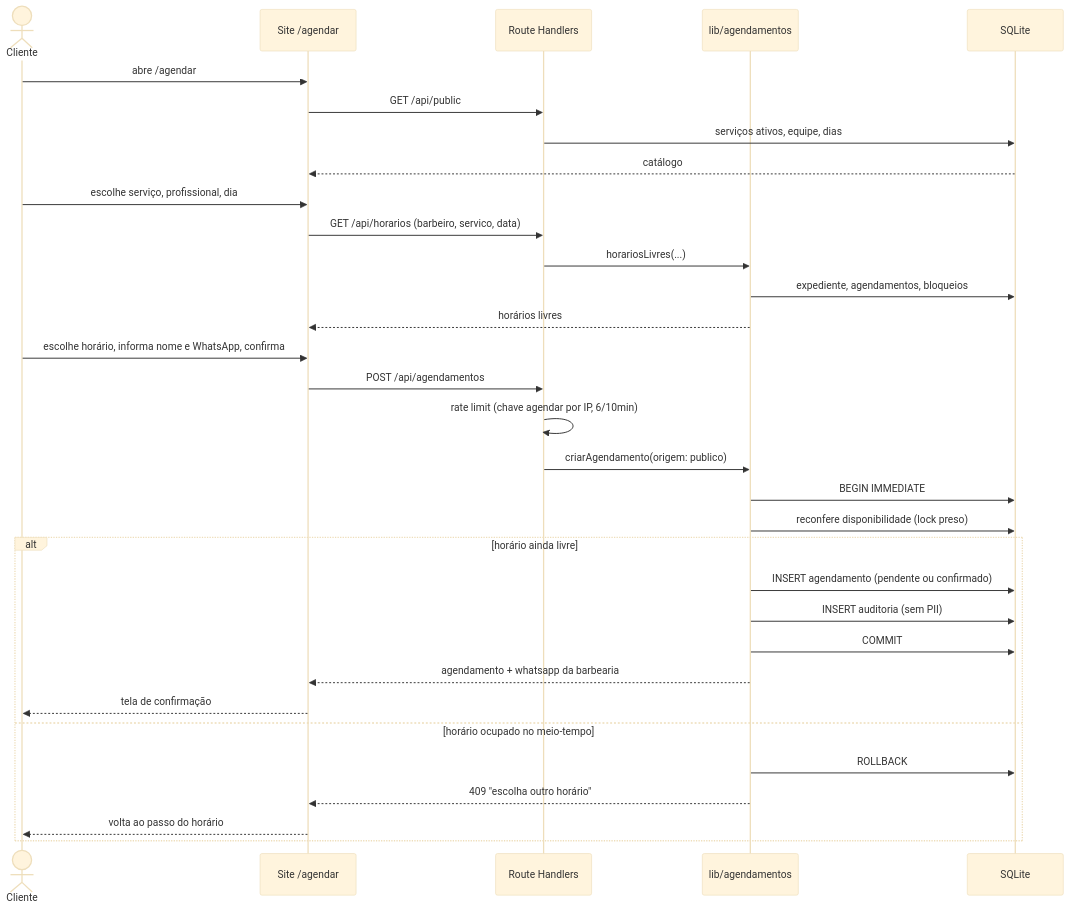
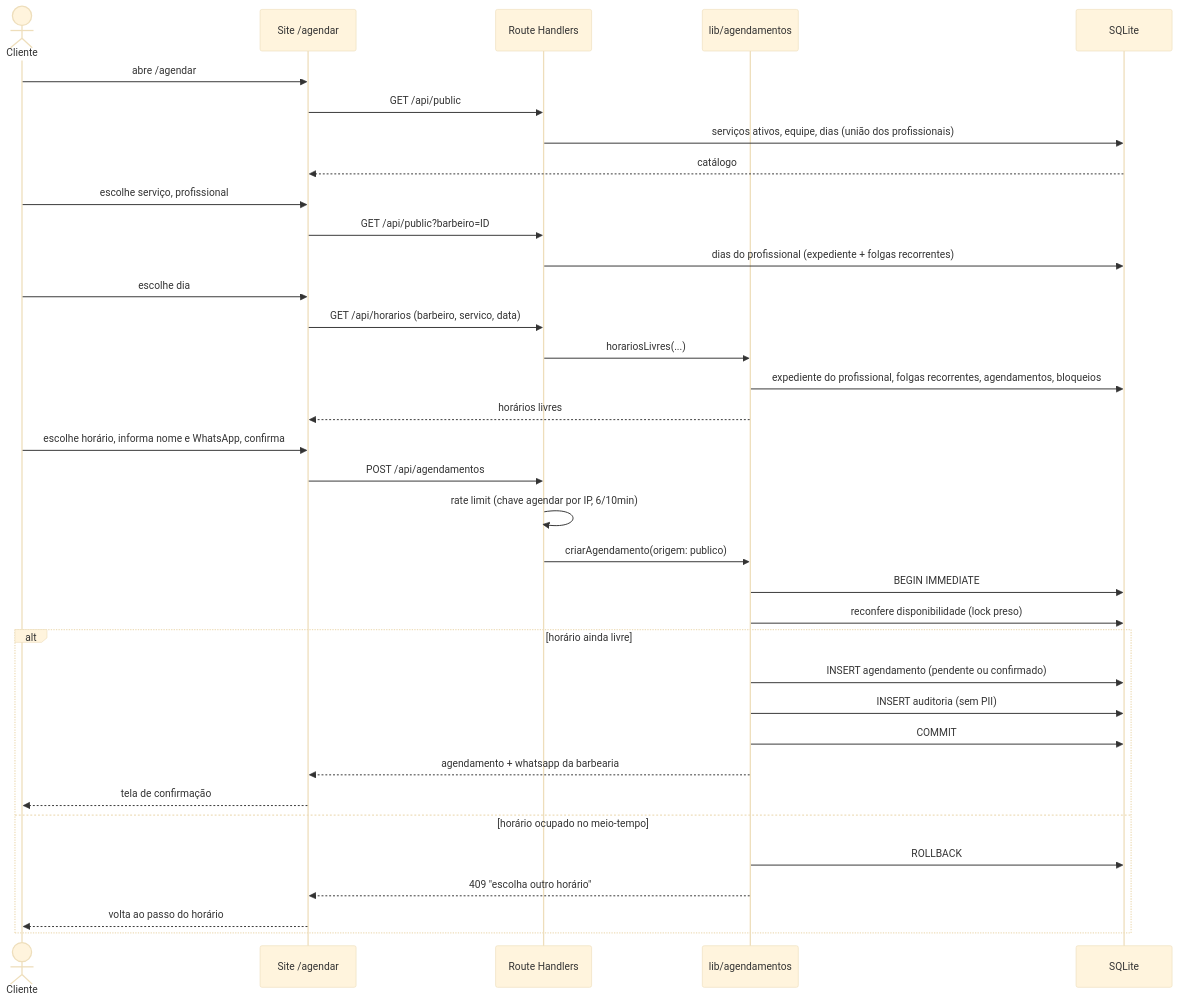
One commit to gabrielvizoni/Barbosa changed the first of 7 diagrams in docs/08-diagramas-de-sequencia.md. Above: the diagram before and after it, drawn with Mermaid (base theme). The commit also changed 23 other files, not shown here.

First line of the commit message:
feat(agenda): expediente e folgas recorrentes por profissional

````diff
--- a/docs/08-diagramas-de-sequencia.md
+++ b/docs/08-diagramas-de-sequencia.md
@@ -14,37 +14,40 @@
 ```mermaid
 sequenceDiagram
     actor Cliente
     participant Site as Site /agendar
     participant API as Route Handlers
     participant Ag as lib/agendamentos
     participant DB as SQLite
 
     Cliente->>Site: abre /agendar
     Site->>API: GET /api/public
-    API->>DB: serviços ativos, equipe, dias
+    API->>DB: serviços ativos, equipe, dias (união dos profissionais)
     DB-->>Site: catálogo
 
-    Cliente->>Site: escolhe serviço, profissional, dia
+    Cliente->>Site: escolhe serviço, profissional
+    Site->>API: GET /api/public?barbeiro=ID
+    API->>DB: dias do profissional (expediente + folgas recorrentes)
+    Cliente->>Site: escolhe dia
     Site->>API: GET /api/horarios (barbeiro, servico, data)
     API->>Ag: horariosLivres(...)
-    Ag->>DB: expediente, agendamentos, bloqueios
+    Ag->>DB: expediente do profissional, folgas recorrentes, agendamentos, bloqueios
     Ag-->>Site: horários livres
 
     Cliente->>Site: escolhe horário, informa nome e WhatsApp, confirma
     Site->>API: POST /api/agendamentos
     API->>API: rate limit (chave agendar por IP, 6/10min)
     API->>Ag: criarAgendamento(origem: publico)
     Ag->>DB: BEGIN IMMEDIATE
     Ag->>DB: reconfere disponibilidade (lock preso)
     alt horário ainda livre
         Ag->>DB: INSERT agendamento (pendente ou confirmado)
         Ag->>DB: INSERT auditoria (sem PII)
         Ag->>DB: COMMIT
         Ag-->>Site: agendamento + whatsapp da barbearia
         Site-->>Cliente: tela de confirmação
     else horário ocupado no meio-tempo
         Ag->>DB: ROLLBACK
         Ag-->>Site: 409 "escolha outro horário"
         Site-->>Cliente: volta ao passo do horário
     end
 ```
````
